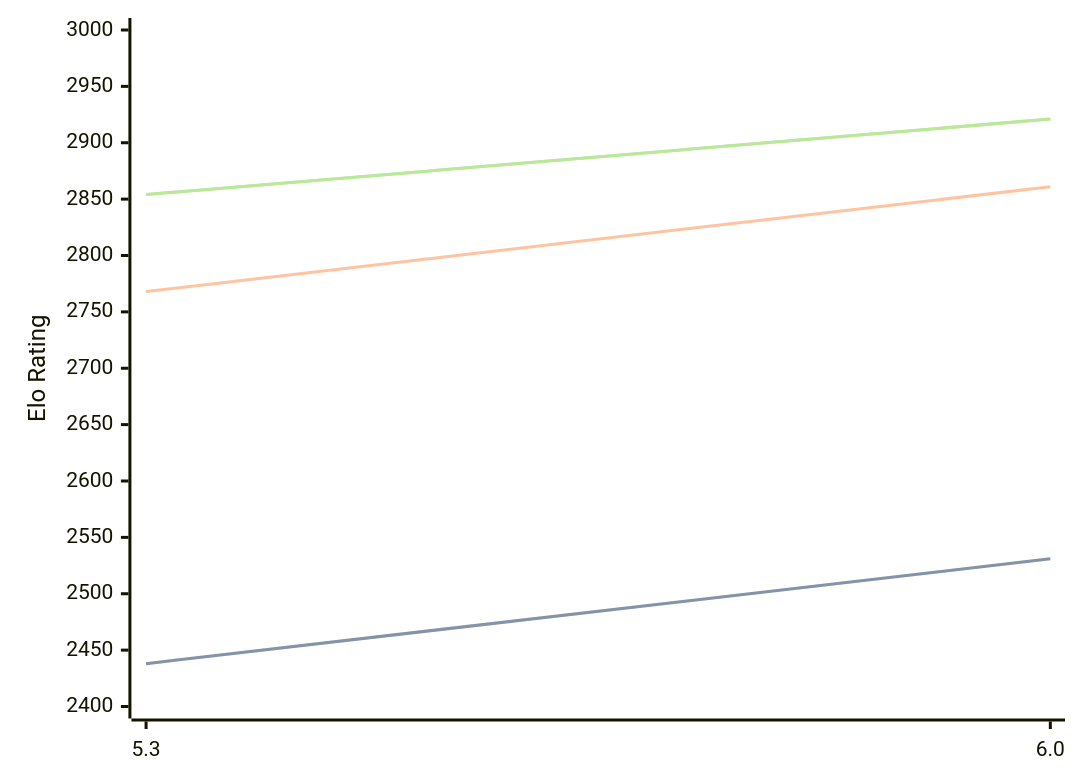
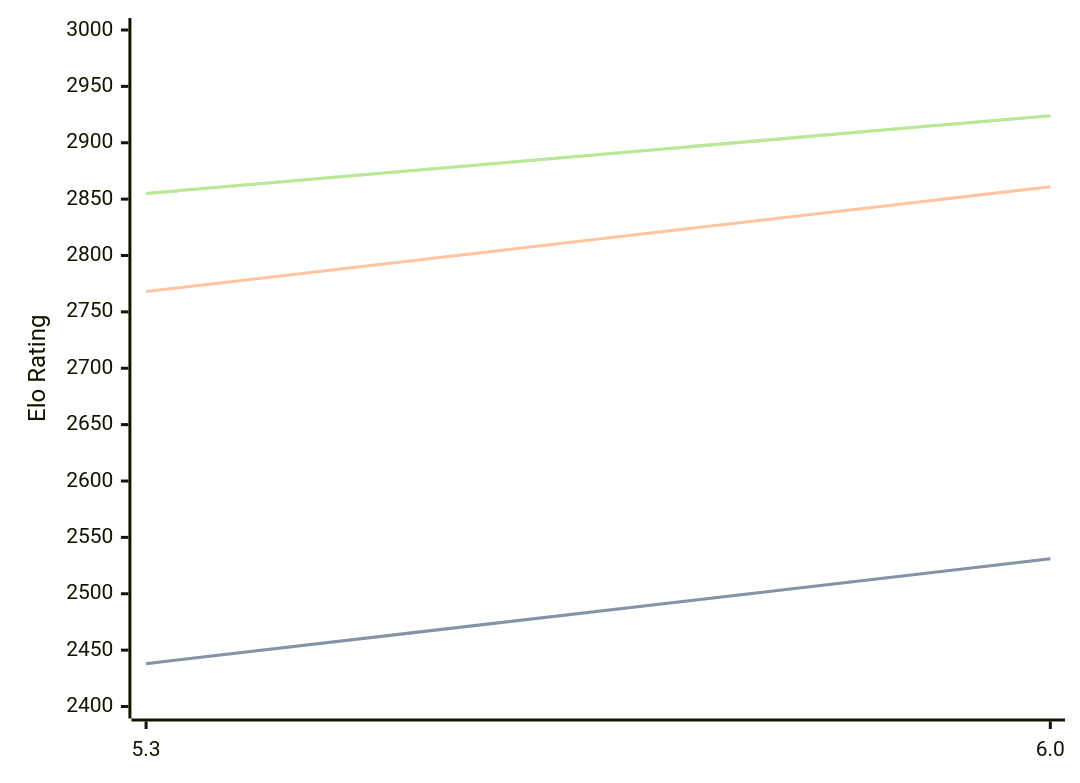
One commit to computer-chess-index/cci changed the diagram in engines/tomitankChess.md. Above: the diagram before and after it, drawn with Mermaid. The commit also changed other lines of this file, not shown here.

Commit message:
Update CCI Ratings (ELO VLTC) - 2026-05-04

````diff
--- a/engines/tomitankChess.md
+++ b/engines/tomitankChess.md
@@ -40,11 +40,11 @@
 ```mermaid
 %%{init: {"theme":"base","themeVariables":{"seriesColors:['#a3a3a3','#222221','#faa371']}}}%%
 xychart-beta
   x-axis ["5.3", "6.0"]
   y-axis "Elo Rating" 2400 --> 3000
   line "STC (8.0+0.08s)" [2438, 2531]
   line "STC (8.0+0.08s)" [2438, 2531]
   line "LTC (60.0+0.60s)" [2768, 2861]
-  line "VLTC (2m24s+1.12s)" [2854, 2921]
-  line "VLTC (2m24s+1.12s)" [2854, 2921]
+  line "VLTC (2m24s+1.12s)" [2855, 2924]
+  line "VLTC (2m24s+1.12s)" [2855, 2924]
 ```
````
